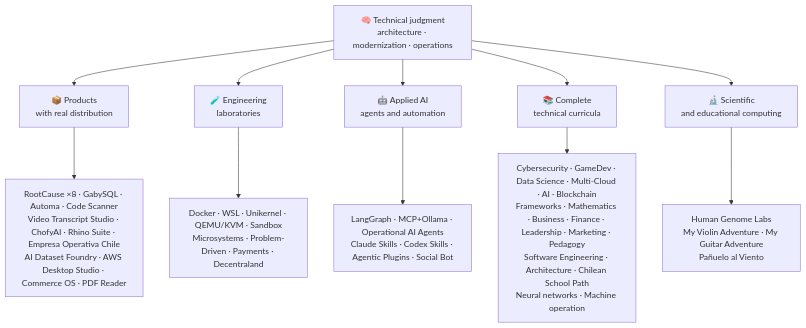
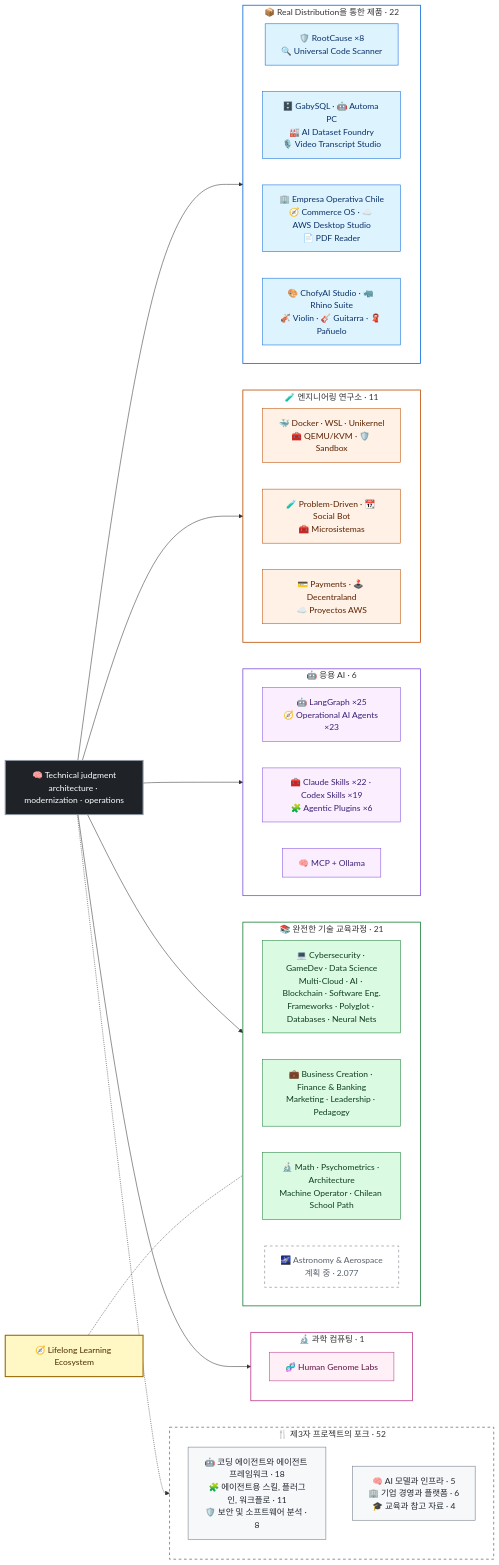
Before and after one commit to vladimiracunadev-create/vladimiracunadev-create: the diagram in README.ko.md, drawn with Mermaid. The commit also changed other lines of this file and 43 other files, not shown here.

````diff
--- a/README.ko.md
+++ b/README.ko.md
@@ -152,14 +153,63 @@
 ```mermaid
-flowchart TD
-    A["🧠 Technical judgment<br/>architecture · modernization · operations"] --> B["📦 Products<br/>with real distribution"]
-    A --> C["🧪 Engineering<br/>laboratories"]
-    A --> D["🤖 Applied AI<br/>agents and automation"]
-    A --> E["📚 Complete<br/>technical curricula"]
-    A --> F["🔬 Scientific<br/>and educational computing"]
+flowchart LR
+    CORE["🧠 Technical judgment<br/>architecture · modernization · operations"]:::core
 
-    B --> B1["RootCause ×8 · GabySQL · Automa · Code Scanner<br/>Video Transcript Studio · ChofyAI · Rhino Suite · Empresa Operativa Chile<br/>AI Dataset Foundry · AWS Desktop Studio · Commerce OS · PDF Reader"]
-    C --> C1["Docker · WSL · Unikernel · QEMU/KVM · Sandbox<br/>Microsystems · Problem-Driven · Payments · Decentraland"]
-    D --> D1["LangGraph · MCP+Ollama · Operational AI Agents<br/>Claude Skills · Codex Skills · Agentic Plugins · Social Bot"]
-    E --> E1["Cybersecurity · GameDev · Data Science · Multi-Cloud · AI · Blockchain<br/>Frameworks · Mathematics · Business · Finance · Leadership · Marketing · Pedagogy<br/>Software Engineering · Architecture · Chilean School Path<br/>Neural networks · Machine operation"]
-    F --> F1["Human Genome Labs<br/>My Violin Adventure · My Guitar Adventure<br/>Pañuelo al Viento"]
+    subgraph P["📦 Real Distribution을 통한 제품 · 22"]
+        direction LR
+        P1["🛡️ RootCause ×8<br/>🔍 Universal Code Scanner"]:::prod
+        P2["🗄️ GabySQL · 🤖 Automa PC<br/>🏭 AI Dataset Foundry<br/>🎙️ Video Transcript Studio"]:::prod
+        P3["🏢 Empresa Operativa Chile<br/>🧭 Commerce OS · ☁️ AWS Desktop Studio<br/>📄 PDF Reader"]:::prod
+        P4["🎨 ChofyAI Studio · 🦏 Rhino Suite<br/>🎻 Violin · 🎸 Guitarra · 🧣 Pañuelo"]:::prod
+    end
+    subgraph L["🧪 엔지니어링 연구소 · 11"]
+        direction LR
+        L1["🐳 Docker · WSL · Unikernel<br/>🧰 QEMU/KVM · 🛡️ Sandbox"]:::lab
+        L2["🧪 Problem-Driven · 📆 Social Bot<br/>🧰 Microsistemas"]:::lab
+        L3["💳 Payments · 🕹️ Decentraland<br/>☁️ Proyectos AWS"]:::lab
+    end
+    subgraph I["🤖 응용 AI · 6"]
+        direction LR
+        I1["🤖 LangGraph ×25<br/>🧭 Operational AI Agents ×23"]:::ai
+        I2["🧰 Claude Skills ×22 · Codex Skills ×19<br/>🧩 Agentic Plugins ×6"]:::ai
+        I3["🧠 MCP + Ollama"]:::ai
+    end
+    subgraph C["📚 완전한 기술 교육과정 · 21"]
+        direction LR
+        C1["💻 Cybersecurity · GameDev · Data Science<br/>Multi-Cloud · AI · Blockchain · Software Eng.<br/>Frameworks · Polyglot · Databases · Neural Nets"]:::cur
+        C2["💼 Business Creation · Finance & Banking<br/>Marketing · Leadership · Pedagogy"]:::cur
+        C3["🔬 Math · Psychometrics · Architecture<br/>Machine Operator · Chilean School Path"]:::cur
+        C4["🌌 Astronomy & Aerospace<br/>계획 중 · 2.077"]:::plan
+    end
+    LL["🧭 Lifelong Learning Ecosystem"]:::core2
+    subgraph S["🔬 과학 컴퓨팅 · 1"]
+        S1["🧬 Human Genome Labs"]:::sci
+    end
+    subgraph F["🍴 제3자 프로젝트의 포크 · 52"]
+        F1["🤖 코딩 에이전트와 에이전트 프레임워크 · 18<br/>🧩 에이전트용 스킬, 플러그인, 워크플로 · 11<br/>🛡️ 보안 및 소프트웨어 분석 · 8"]:::fork
+        F2["🧠 AI 모델과 인프라 · 5<br/>🏢 기업 경영과 플랫폼 · 6<br/>🎓 교육과 참고 자료 · 4"]:::fork
+    end
+
+    CORE --> P
+    CORE --> L
+    CORE --> I
+    CORE --> C
+    CORE --> S
+    CORE -.-> F
+    LL -.- C
+
+    classDef core fill:#1f2328,stroke:#8b949e,color:#ffffff,stroke-width:2px
+    classDef core2 fill:#fff8c5,stroke:#9a6700,color:#4d2d00,stroke-width:2px
+    classDef prod fill:#ddf4ff,stroke:#0969da,color:#0a3069
+    classDef lab fill:#fff1e5,stroke:#bc4c00,color:#5c2200
+    classDef ai fill:#fbefff,stroke:#8250df,color:#3b1d73
+    classDef cur fill:#dafbe1,stroke:#1a7f37,color:#0f3d1e
+    classDef sci fill:#ffeff7,stroke:#bf3989,color:#5c1541
+    classDef fork fill:#f6f8fa,stroke:#6e7781,color:#24292f
+    classDef plan fill:#ffffff,stroke:#6e7781,color:#57606a,stroke-dasharray:5 5
+    style P fill:none,stroke:#0969da,stroke-width:1.5px
+    style L fill:none,stroke:#bc4c00,stroke-width:1.5px
+    style I fill:none,stroke:#8250df,stroke-width:1.5px
+    style C fill:none,stroke:#1a7f37,stroke-width:1.5px
+    style S fill:none,stroke:#bf3989,stroke-width:1.5px
+    style F fill:none,stroke:#6e7781,stroke-width:1.5px,stroke-dasharray:5 5
 ```
````
